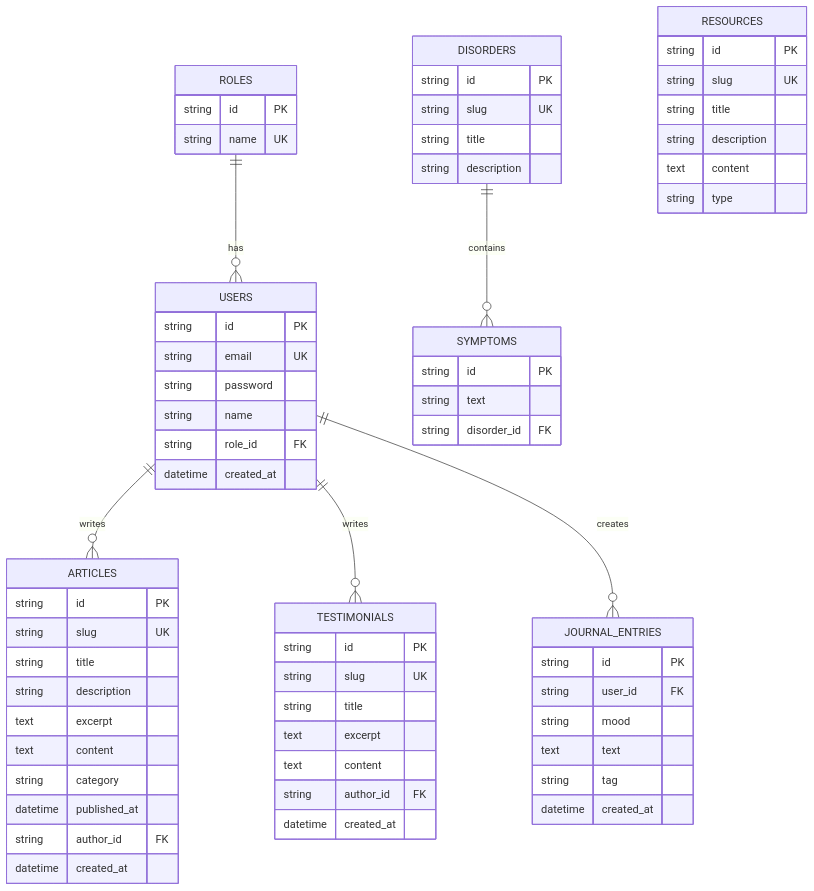
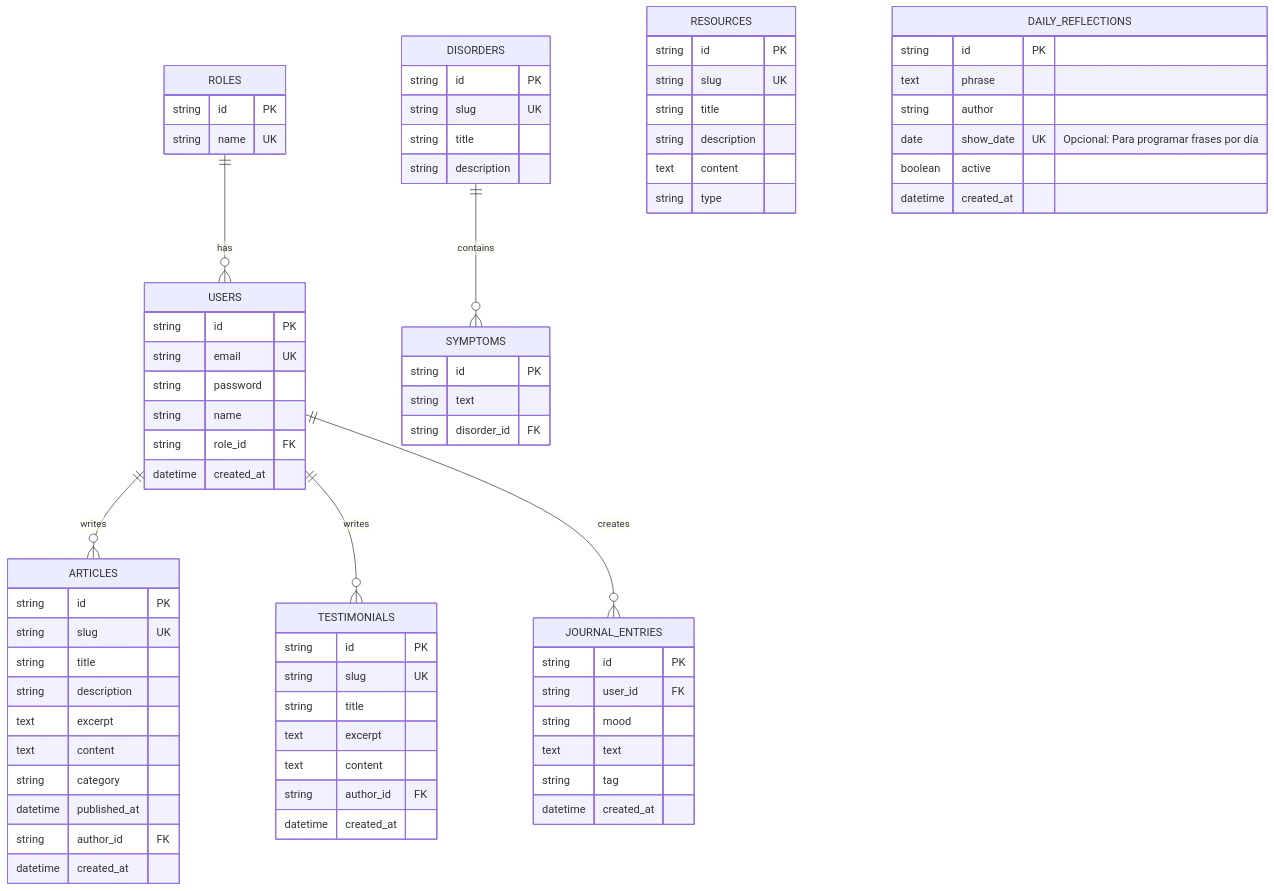
One commit to andrey-burga/mental-health-api changed the diagram in modelo.mmd. Above: the diagram before and after it, drawn with Mermaid. The commit also changed 5 other files, not shown here.

Commit message:
feat: agregar modelo, servicio y endpoint para /reflections/today

```diff
--- a/modelo.mmd
+++ b/modelo.mmd
@@ -1,79 +1,88 @@
 erDiagram
 
     ROLES {
         string id PK
         string name UK
     }
 
     USERS {
         string id PK
         string email UK
         string password
         string name
         string role_id FK
         datetime created_at
     }
 
     ARTICLES {
         string id PK
         string slug UK
         string title
         string description
         text excerpt
         text content
         string category
         datetime published_at
         string author_id FK
         datetime created_at
     }
 
     TESTIMONIALS {
         string id PK
         string slug UK
         string title
         text excerpt
         text content
         string author_id FK
         datetime created_at
     }
 
     DISORDERS {
         string id PK
         string slug UK
         string title
         string description
     }
 
     SYMPTOMS {
         string id PK
         string text
         string disorder_id FK
     }
 
     RESOURCES {
         string id PK
         string slug UK
         string title
         string description
         text content
         string type
     }
 
     JOURNAL_ENTRIES {
         string id PK
         string user_id FK
         string mood
         text text
         string tag
         datetime created_at
     }
 
+    DAILY_REFLECTIONS {
+        string id PK
+        text phrase
+        string author
+        date show_date UK "Opcional: Para programar frases por día"
+        boolean active
+        datetime created_at
+    }
+
     %% Relaciones
 
     ROLES ||--o{ USERS : has
 
     USERS ||--o{ ARTICLES : writes
     USERS ||--o{ TESTIMONIALS : writes
     USERS ||--o{ JOURNAL_ENTRIES : creates
 
     DISORDERS ||--o{ SYMPTOMS : contains
```
